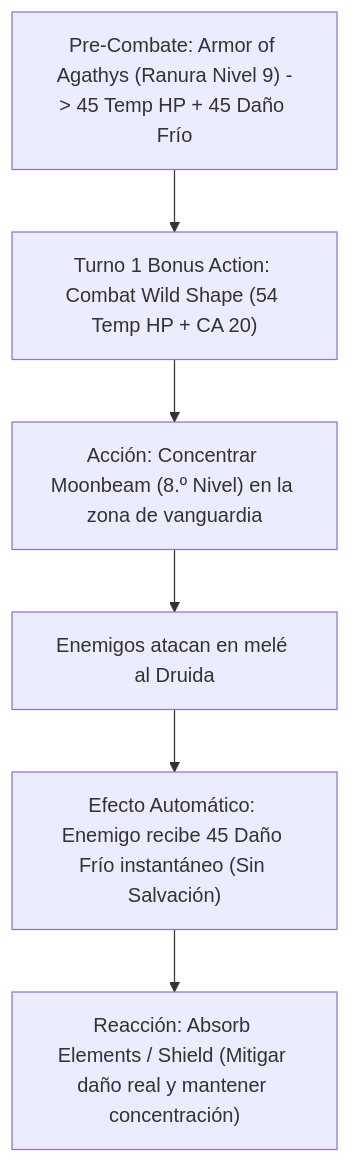
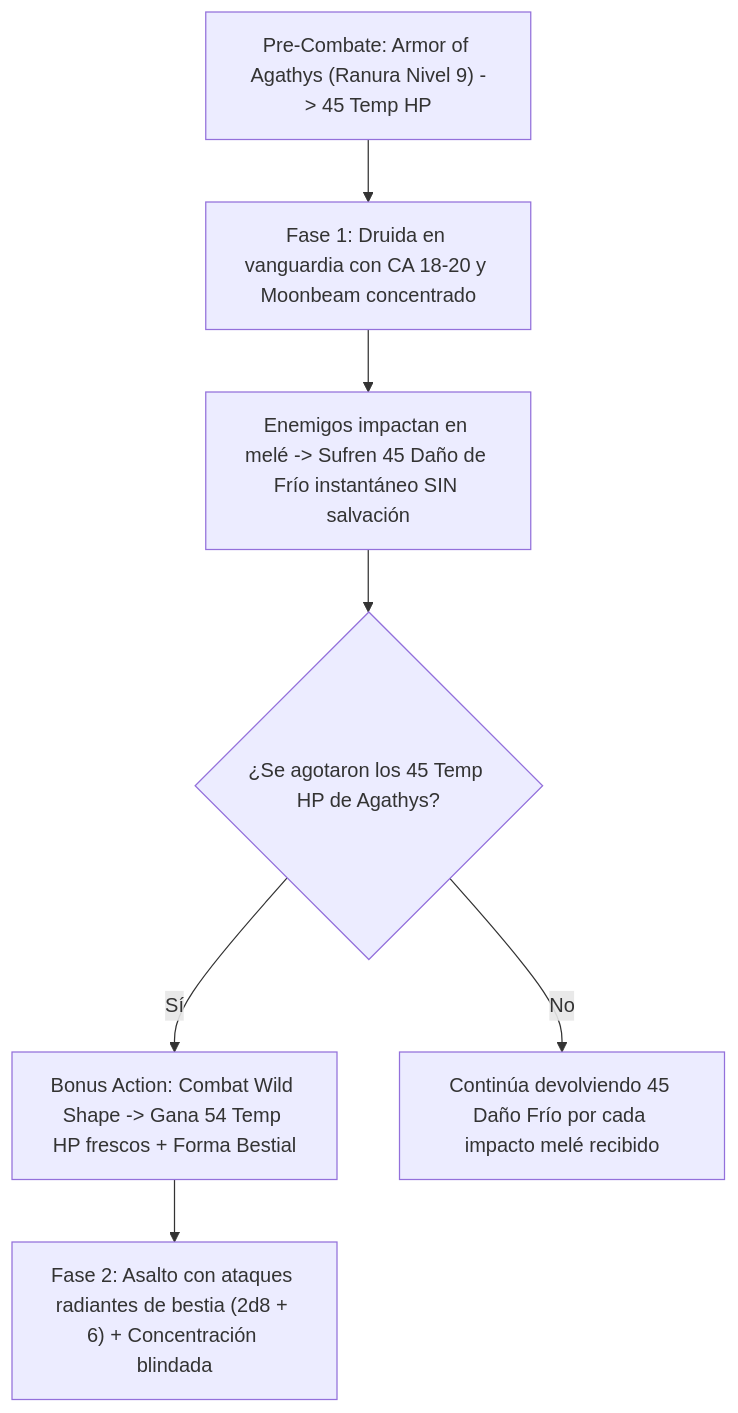
Before and after one commit to Ranko1911/DnD-Builds: the diagram in builds/the cursed moon druid unlocking the potential of the moon druid in dd 55/character guide.md, drawn with Mermaid. The commit also changed other lines of this file and 11 other files, not shown here.

````diff
--- a/builds/the cursed moon druid unlocking the potential of the moon druid in dd 55/character guide.md
+++ b/builds/the cursed moon druid unlocking the potential of the moon druid in dd 55/character guide.md
@@ -56,8 +79,9 @@
 ```mermaid
 flowchart TD
-    A["Pre-Combate: Armor of Agathys (Ranura Nivel 9) -> 45 Temp HP + 45 Daño Frío"] --> B["Turno 1 Bonus Action: Combat Wild Shape (54 Temp HP + CA 20)"]
-    B --> C["Acción: Concentrar Moonbeam (8.º Nivel) en la zona de vanguardia"]
-    C --> D["Enemigos atacan en melé al Druida"]
-    D --> E["Efecto Automático: Enemigo recibe 45 Daño Frío instantáneo (Sin Salvación)"]
-    E --> F["Reacción: Absorb Elements / Shield (Mitigar daño real y mantener concentración)"]
+    A["Pre-Combate: Armor of Agathys (Ranura Nivel 9) -> 45 Temp HP"] --> B["Fase 1: Druida en vanguardia con CA 18-20 y Moonbeam concentrado"]
+    B --> C["Enemigos impactan en melé -> Sufren 45 Daño de Frío instantáneo SIN salvación"]
+    C --> D{"¿Se agotaron los 45 Temp HP de Agathys?"}
+    D -- Sí --> E["Bonus Action: Combat Wild Shape -> Gana 54 Temp HP frescos + Forma Bestial"]
+    D -- No --> F["Continúa devolviendo 45 Daño Frío por cada impacto melé recibido"]
+    E --> G["Fase 2: Asalto con ataques radiantes de bestia (2d8 + 6) + Concentración blindada"]
 ```
````
